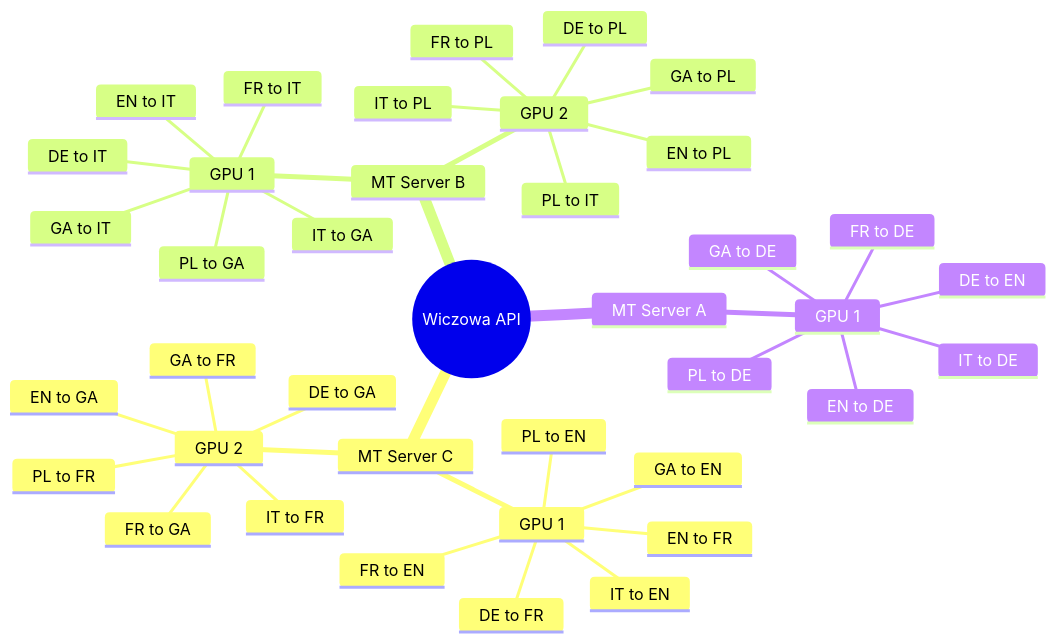
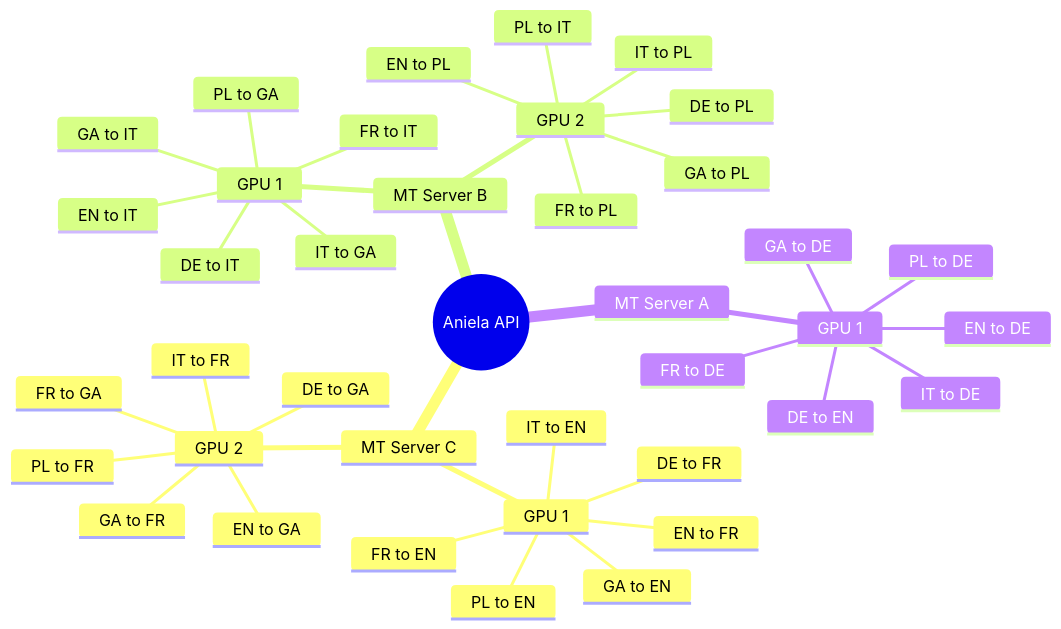
Before and after one commit to DanielGall500/Aniela: the diagram in README.md, drawn with Mermaid. The commit also changed other lines of this file, not shown here.

````diff
--- a/README.md
+++ b/README.md
@@ -59,42 +59,42 @@
 ```mermaid
 mindmap
-  root((Wiczowa API))
+  root((Aniela API))
     MT Server C
         GPU 1
             DE to FR
             EN to FR
             FR to EN
             GA to EN
             IT to EN
             PL to EN
         GPU 2
             DE to GA
             EN to GA
             FR to GA
             GA to FR
             IT to FR
             PL to FR
     MT Server B
         GPU 1
            DE to IT
            EN to IT
            FR to IT
            GA to IT
            IT to GA
            PL to GA
         GPU 2
            DE to PL
            EN to PL
            FR to PL
            GA to PL
            IT to PL
            PL to IT
     MT Server A
         GPU 1
            DE to EN
            EN to DE
            FR to DE
            GA to DE
            IT to DE
            PL to DE
  ```
````
